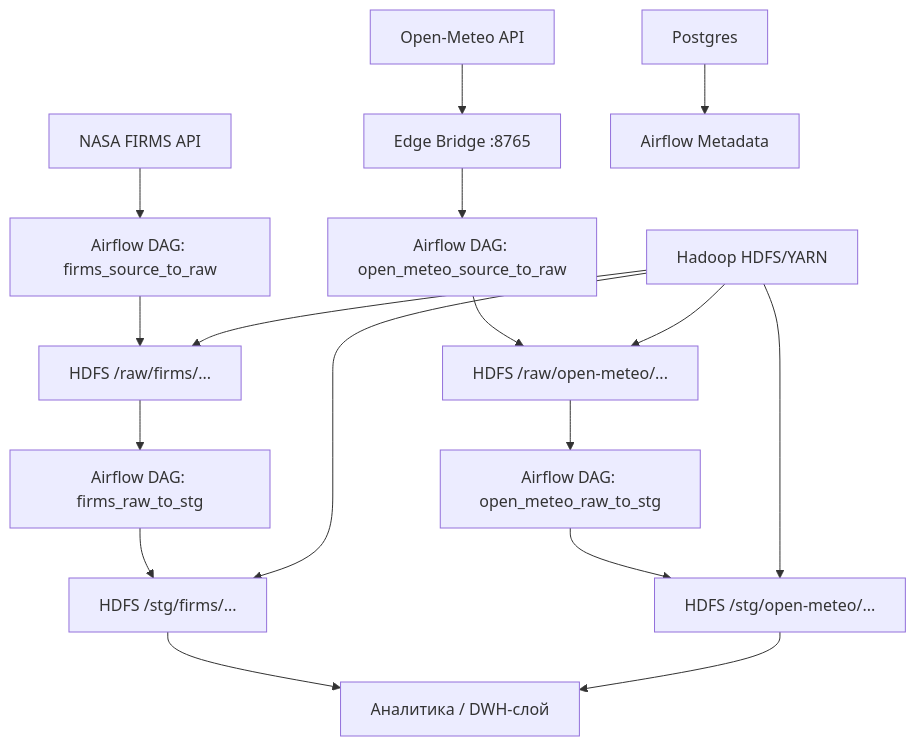
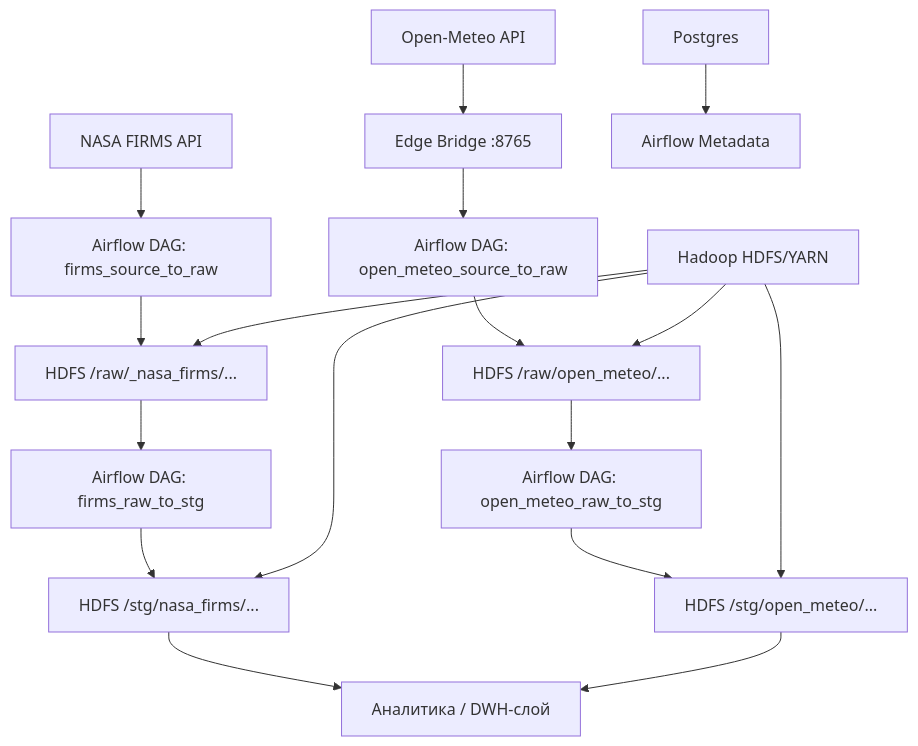
Before and after one commit to anatoliy266/MyLittleCluster: the diagram in README.md, drawn with Mermaid. The commit also changed other lines of this file and 8 other files, not shown here.

````diff
--- a/README.md
+++ b/README.md
@@ -34,21 +34,21 @@
 ```mermaid
 graph TD
   A[NASA FIRMS API] --> B[Airflow DAG: firms_source_to_raw]
-  B --> C[HDFS /raw/firms/...]
+  B --> C[HDFS /raw/_nasa_firms/...]
   C --> D[Airflow DAG: firms_raw_to_stg]
-  D --> E[HDFS /stg/firms/...]
+  D --> E[HDFS /stg/nasa_firms/...]
   
   F[Open-Meteo API] --> G[Edge Bridge :8765]
   G --> H[Airflow DAG: open_meteo_source_to_raw]
-  H --> I[HDFS /raw/open-meteo/...]
+  H --> I[HDFS /raw/open_meteo/...]
   I --> J[Airflow DAG: open_meteo_raw_to_stg]
-  J --> K[HDFS /stg/open-meteo/...]
+  J --> K[HDFS /stg/open_meteo/...]
   
   E --> L[Аналитика / DWH-слой]
   K --> L
   M[Postgres] --> N[Airflow Metadata]
   O[Hadoop HDFS/YARN] --> C
   O --> E
   O --> I
   O --> K
 ```
````
